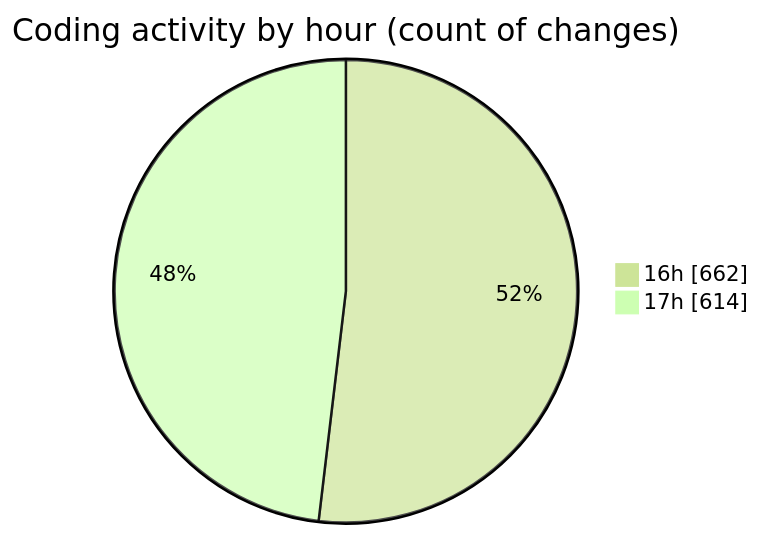
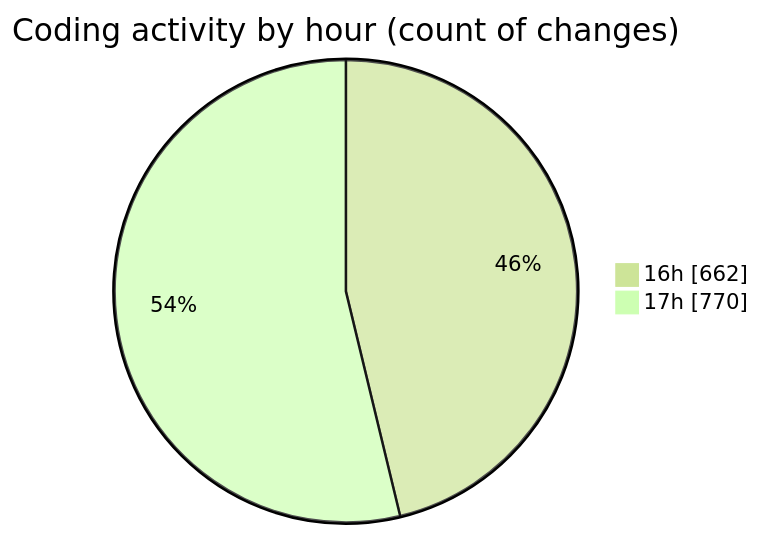
Before and after one commit to nxtqubesakshisongat/code-tracking: the second of 2 diagrams in 2025-04-11/nxtqube_webapp/README.md, drawn with Mermaid (forest theme). The commit also changed other lines of this file and 1 other file, not shown here.

````diff
--- a/2025-04-11/nxtqube_webapp/README.md
+++ b/2025-04-11/nxtqube_webapp/README.md
@@ -33,6 +33,6 @@
 ```mermaid
 pie showData
 title Coding activity by hour (count of changes)
 "16h" : 662
-"17h" : 614
+"17h" : 770
 ```
````
